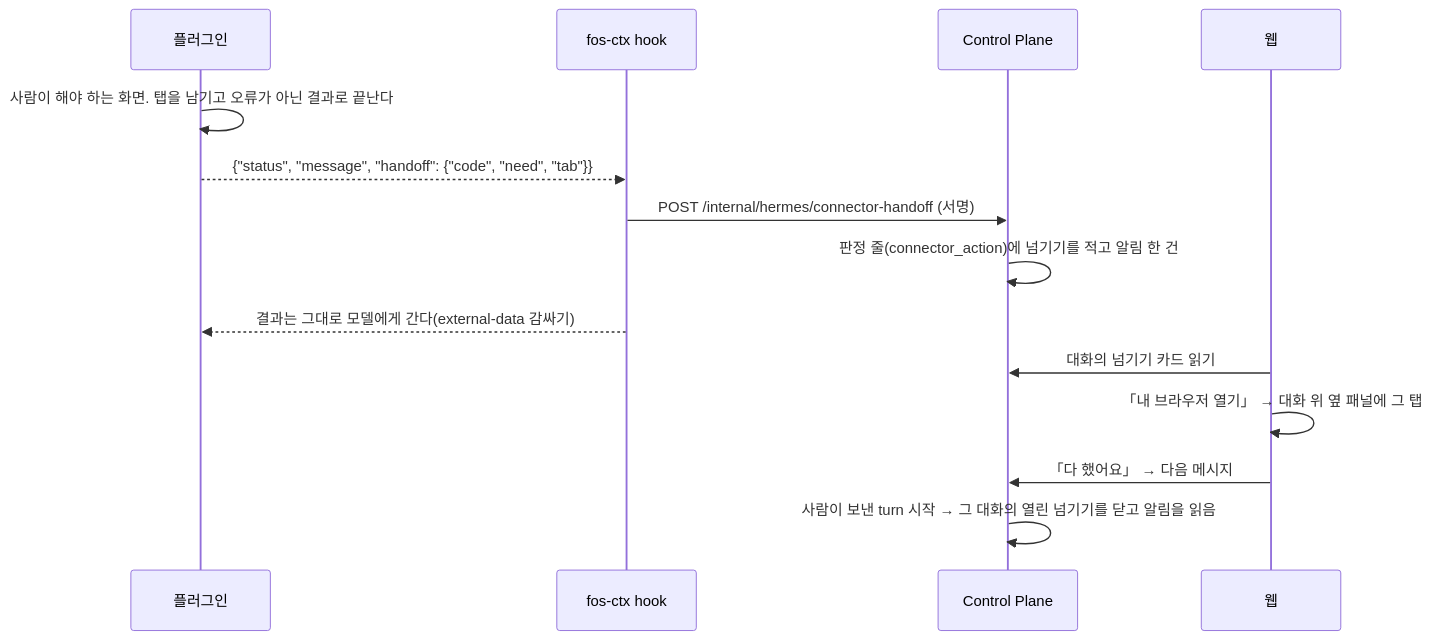
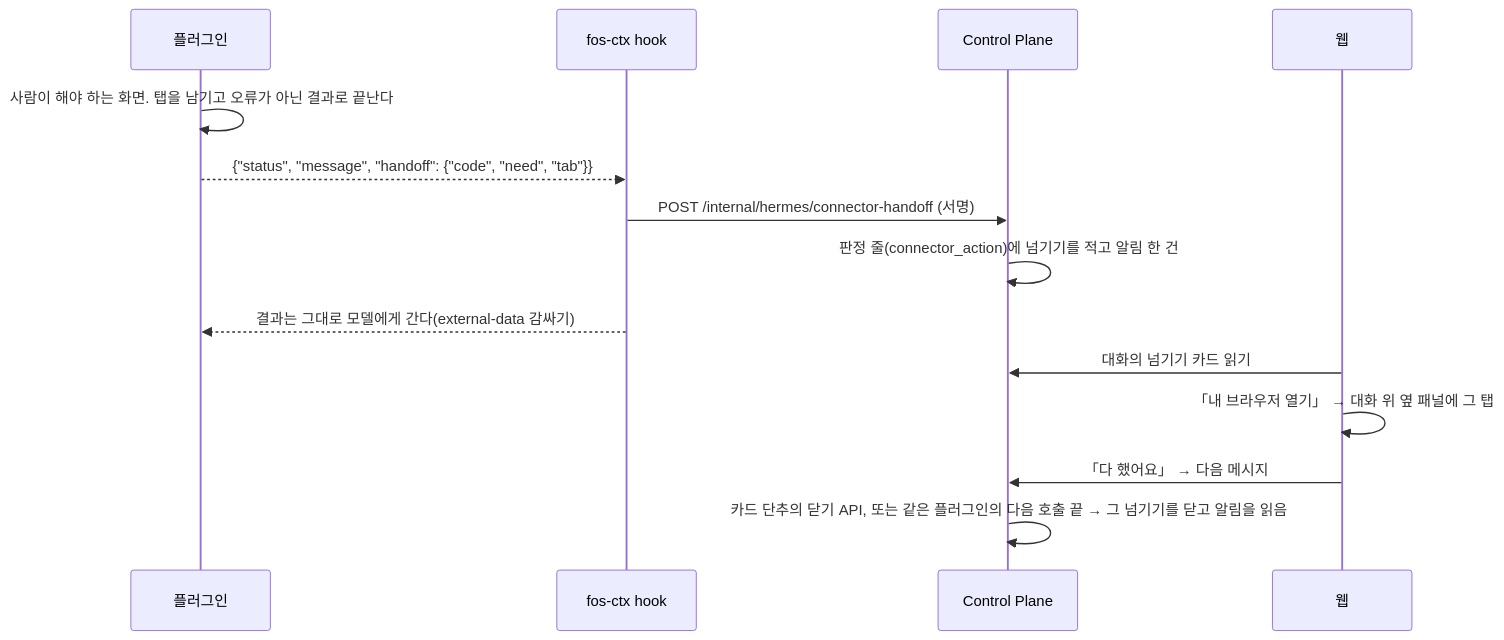
Before and after one commit to jon890/fos-assistant: the first of 2 diagrams in docs/features/naver-shopping/design.md, drawn with Mermaid. The commit also changed other lines of this file and 27 other files, not shown here.

````diff
--- a/docs/features/naver-shopping/design.md
+++ b/docs/features/naver-shopping/design.md
@@ -264,20 +264,20 @@
 ```mermaid
 ---
 config:
   look: handDrawn
 ---
 sequenceDiagram
   participant P as 플러그인
   participant H as fos-ctx hook
   participant CP as Control Plane
   participant W as 웹
   P->>P: 사람이 해야 하는 화면. 탭을 남기고 오류가 아닌 결과로 끝난다
   P-->>H: {"status", "message", "handoff": {"code", "need", "tab"}}
   H->>CP: POST /internal/hermes/connector-handoff (서명)
   CP->>CP: 판정 줄(connector_action)에 넘기기를 적고 알림 한 건
   H-->>P: 결과는 그대로 모델에게 간다(external-data 감싸기)
   W->>CP: 대화의 넘기기 카드 읽기
   W->>W: 「내 브라우저 열기」 → 대화 위 옆 패널에 그 탭
   W->>CP: 「다 했어요」 → 다음 메시지
-  CP->>CP: 사람이 보낸 turn 시작 → 그 대화의 열린 넘기기를 닫고 알림을 읽음
+  CP->>CP: 카드 단추의 닫기 API, 또는 같은 플러그인의 다음 호출 끝 → 그 넘기기를 닫고 알림을 읽음
 ```
````
